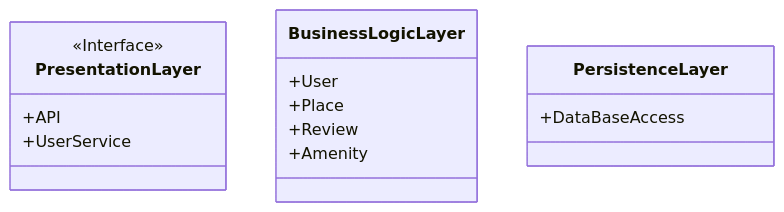
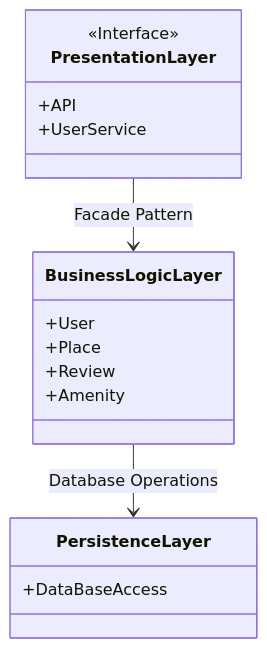
Before and after one commit to Roullito/holbertonschool-hbnb: the diagram in part1/0_Package_Diagram.md, drawn with Mermaid.

Commit message:
fix: PresentationLayer --> BusinessLogicLayer : Facade Pattern BusinessLogicLayer --> PersistenceLayer : Database Operations

````diff
--- a/part1/0_Package_Diagram.md
+++ b/part1/0_Package_Diagram.md
@@ -3,17 +3,19 @@
 ```mermaid
 classDiagram
 class PresentationLayer {
     <<Interface>>
     +API
     +UserService
 }
 class BusinessLogicLayer {
     +User
     +Place
     +Review
     +Amenity
 }
 class PersistenceLayer {
     +DataBaseAccess
 }
+PresentationLayer --> BusinessLogicLayer : Facade Pattern
+BusinessLogicLayer --> PersistenceLayer : Database Operations
 ```
````
